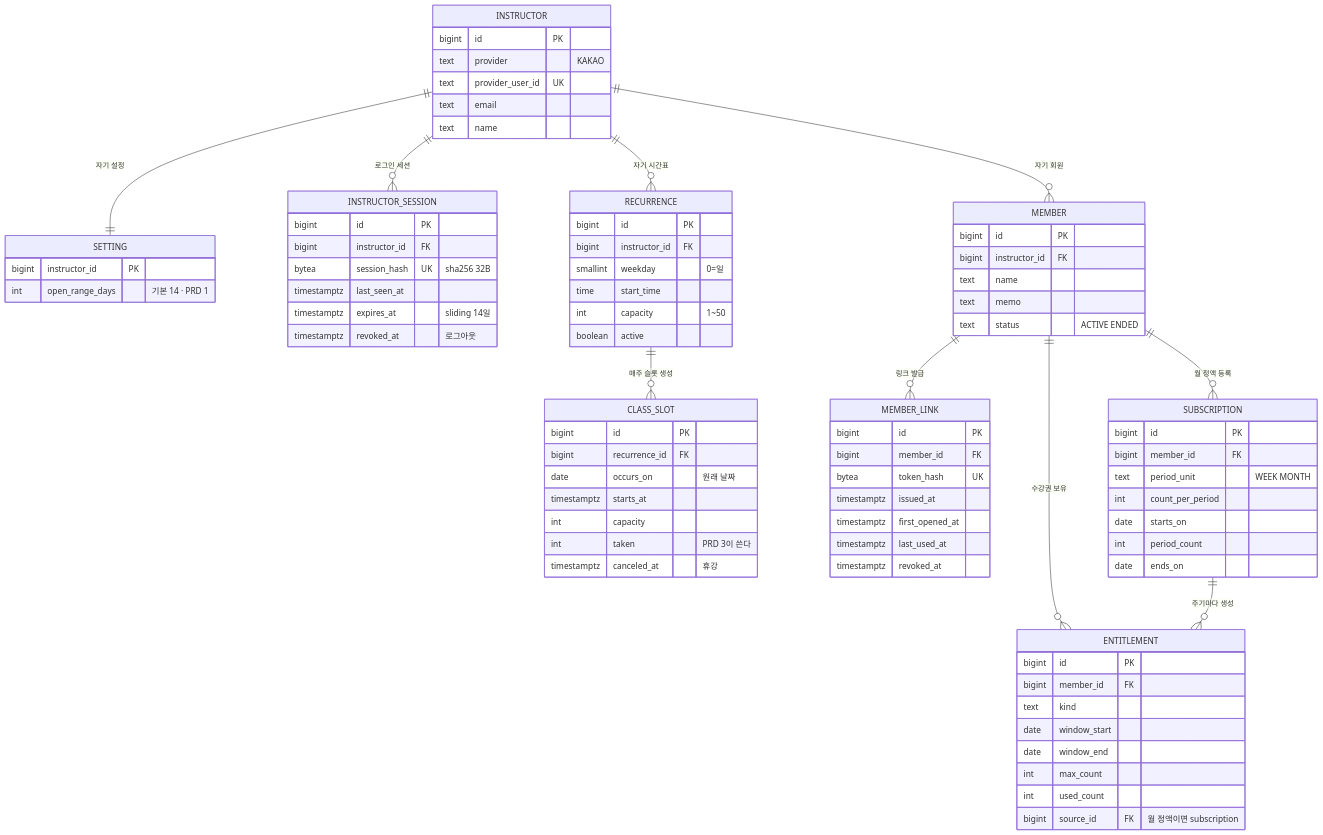
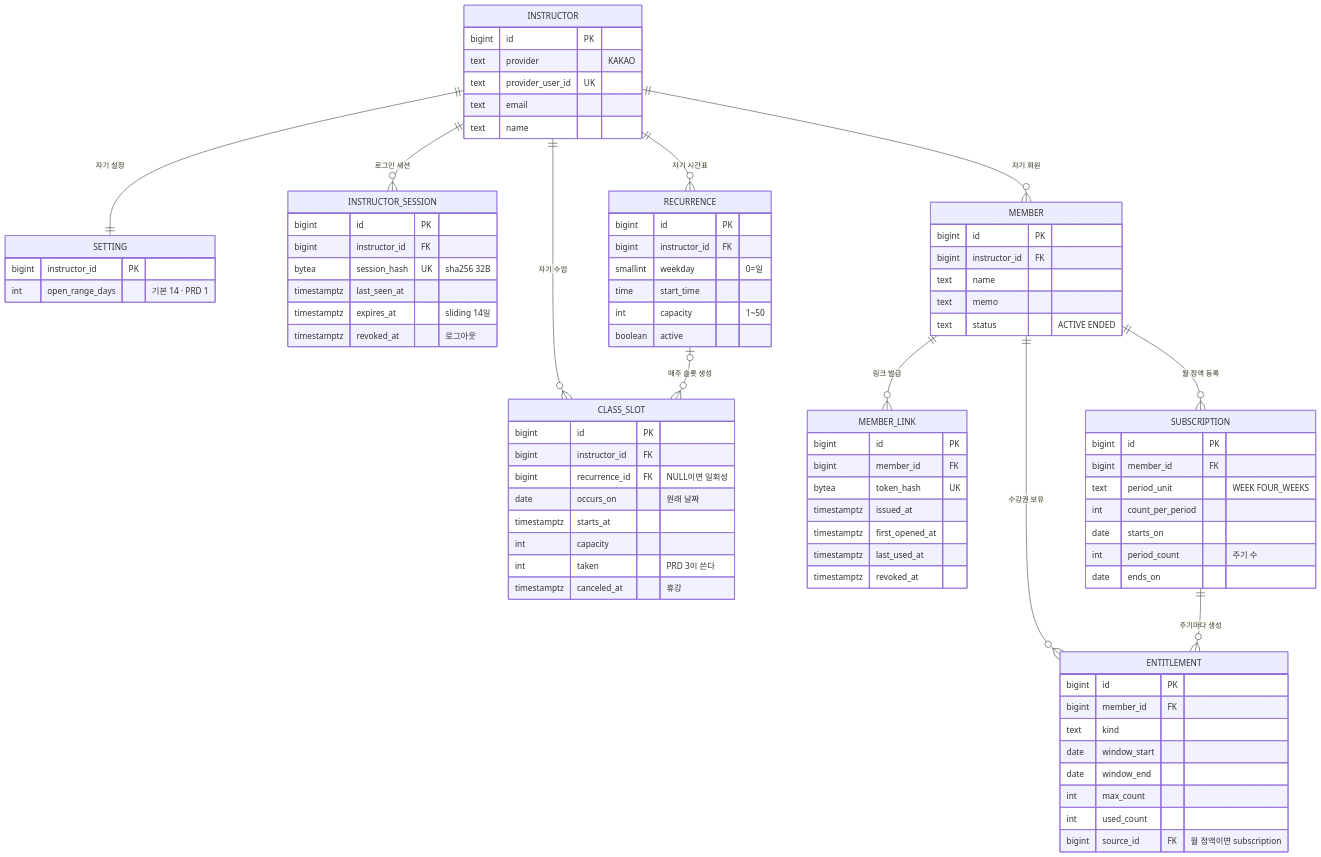
One commit to Fit-link-v2/FitLink-BE changed the diagram in docs/spec/instructor/0001-instructor-setup/prd.md. Above: the diagram before and after it, drawn with Mermaid. The commit also changed other lines of this file and 17 other files, not shown here.

````diff
--- a/docs/spec/instructor/0001-instructor-setup/prd.md
+++ b/docs/spec/instructor/0001-instructor-setup/prd.md
@@ -38,7 +38,8 @@
         int open_range_days "기본 14 · PRD 1"
     }
 
-    RECURRENCE ||--o{ CLASS_SLOT : "매주 슬롯 생성"
+    INSTRUCTOR ||--o{ CLASS_SLOT : "자기 수업"
+    RECURRENCE |o--o{ CLASS_SLOT : "매주 슬롯 생성"
     RECURRENCE {
         bigint id PK
         bigint instructor_id FK
@@ -49,7 +50,8 @@
     }
     CLASS_SLOT {
         bigint id PK
-        bigint recurrence_id FK
+        bigint instructor_id FK
+        bigint recurrence_id FK "NULL이면 일회성"
         date occurs_on "원래 날짜"
         timestamptz starts_at
         int capacity
@@ -90,10 +92,10 @@
     SUBSCRIPTION {
         bigint id PK
         bigint member_id FK
-        text period_unit "WEEK MONTH"
+        text period_unit "WEEK FOUR_WEEKS"
         int count_per_period
         date starts_on
-        int period_count
+        int period_count "주기 수"
         date ends_on
     }
 ```
````
